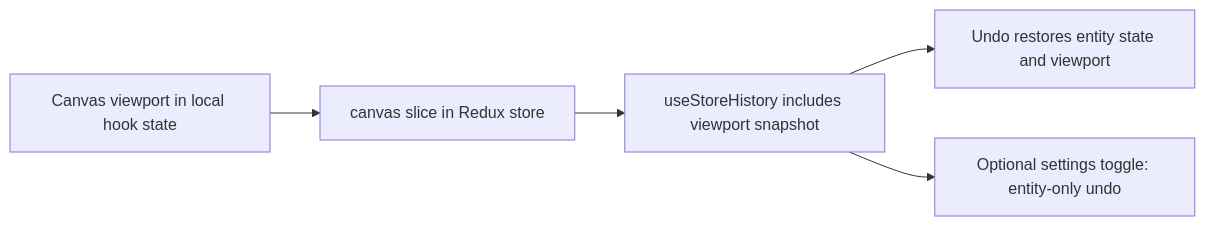
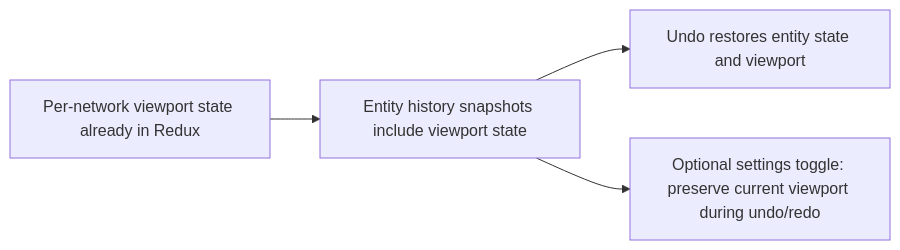
Before and after one commit to AlexAgo83/electrical-plan-editor: the diagram in logics/backlog/item_563_canvas_viewport_state_in_store_and_undo_redo_history_integration.md, drawn with Mermaid. The commit also changed other lines of this file and 17 other files, not shown here.

Commit message:
feat(history): ship wave D3 viewport undo preference

````diff
--- a/logics/backlog/item_563_canvas_viewport_state_in_store_and_undo_redo_history_integration.md
+++ b/logics/backlog/item_563_canvas_viewport_state_in_store_and_undo_redo_history_integration.md
@@ -25,9 +25,8 @@
 ```mermaid
 %% logics-kind: backlog
-%% logics-signature: backlog|canvas-viewport-state-in-store-and-undo-|req-113-technical-debt-hardening-persist|canvas-viewport-state-scale-offset-snap|ac1-canvas-viewport-scale-and-offset
+%% logics-signature: backlog|canvas-viewport-state-in-store-and-undo-|req-113-technical-debt-hardening-persist|the-product-already-persists-per-network|ac1-per-network-canvas-viewport-scale-an
 flowchart LR
-    Before[Canvas viewport in local hook state] --> Store[canvas slice in Redux store]
-    Store --> History[useStoreHistory includes viewport snapshot]
+    Store[Per-network viewport state already in Redux] --> History[Entity history snapshots include viewport state]
     History --> Undo[Undo restores entity state and viewport]
-    History --> Toggle[Optional settings toggle: entity-only undo]
+    History --> Toggle[Optional settings toggle: preserve current viewport during undo/redo]
 ```
````
